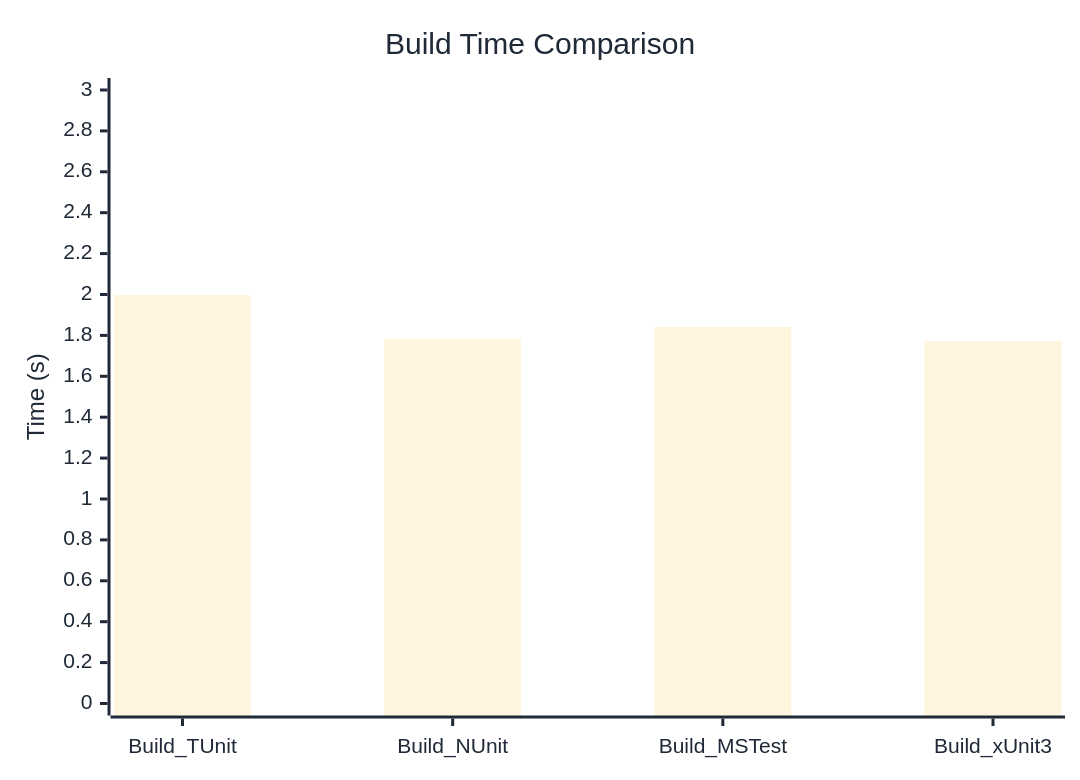
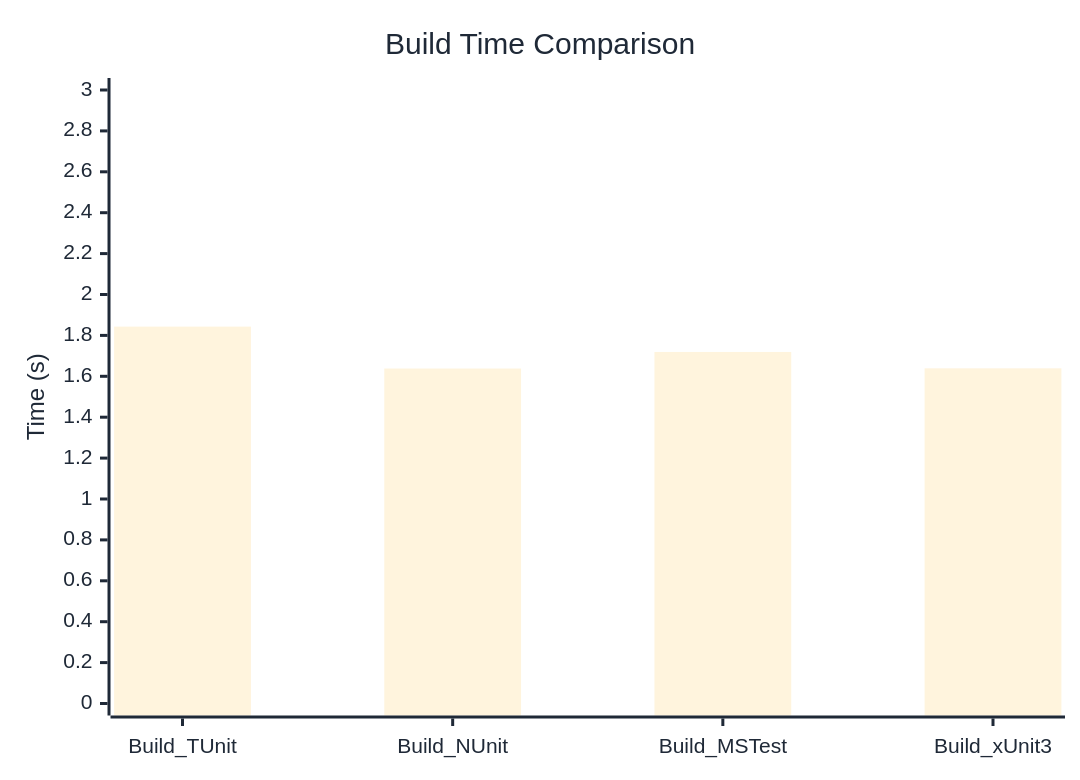
Before and after one commit to thomhurst/TUnit: the diagram in docs/docs/benchmarks/BuildTime.md, drawn with Mermaid. The commit also changed other lines of this file and 17 other files, not shown here.

````diff
--- a/docs/docs/benchmarks/BuildTime.md
+++ b/docs/docs/benchmarks/BuildTime.md
@@ -28,37 +28,37 @@
 ```mermaid
 %%{init: {
   'theme':'base',
   'themeVariables': {
     'primaryColor': '#2563eb',
     'primaryTextColor': '#1f2937',
     'primaryBorderColor': '#1e40af',
     'lineColor': '#6b7280',
     'secondaryColor': '#7c3aed',
     'tertiaryColor': '#dc2626',
     'background': '#ffffff',
     'mainBkg': '#2563eb',
     'secondBkg': '#7c3aed',
     'tertiaryBkg': '#dc2626',
     'clusterBkg': '#f3f4f6',
     'edgeLabelBackground': '#ffffff',
     'tertiaryTextColor': '#1f2937',
     'pie1': '#2563eb',
     'pie2': '#7c3aed',
     'pie3': '#dc2626',
     'pie4': '#f59e0b',
     'pie5': '#10b981',
     'pie6': '#06b6d4',
     'pie7': '#ec4899',
     'pie8': '#6366f1',
     'pie9': '#84cc16',
     'pie10': '#f97316',
     'pie11': '#14b8a6',
     'pie12': '#a855f7'
   }
 }}%%
 xychart-beta
   title "Build Time Comparison"
   x-axis ["Build_TUnit", "Build_NUnit", "Build_MSTest", "Build_xUnit3"]
   y-axis "Time (s)" 0 --> 3
-  bar [1.997, 1.781, 1.841, 1.773]
+  bar [1.843, 1.638, 1.719, 1.639]
 ```
````
